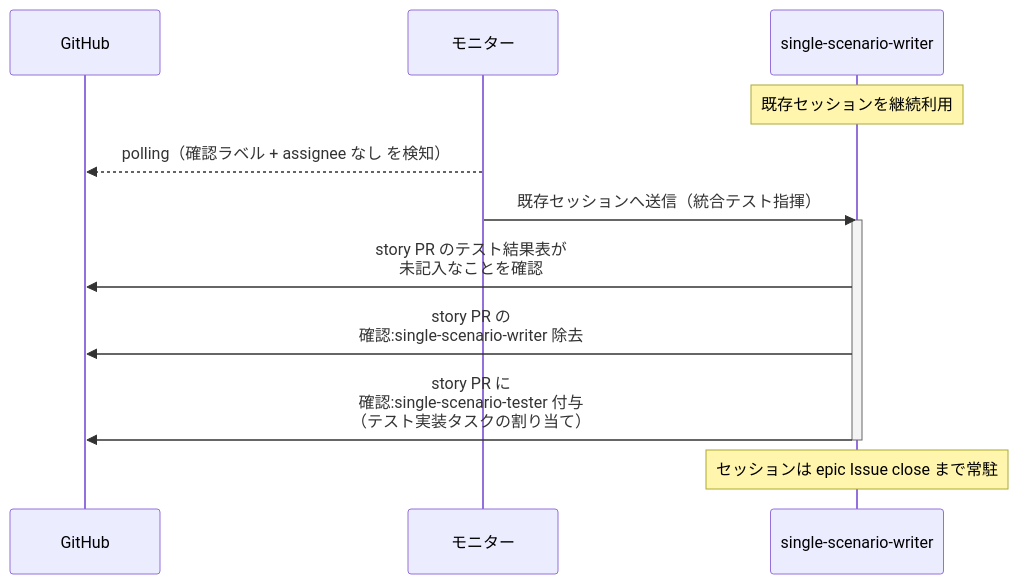
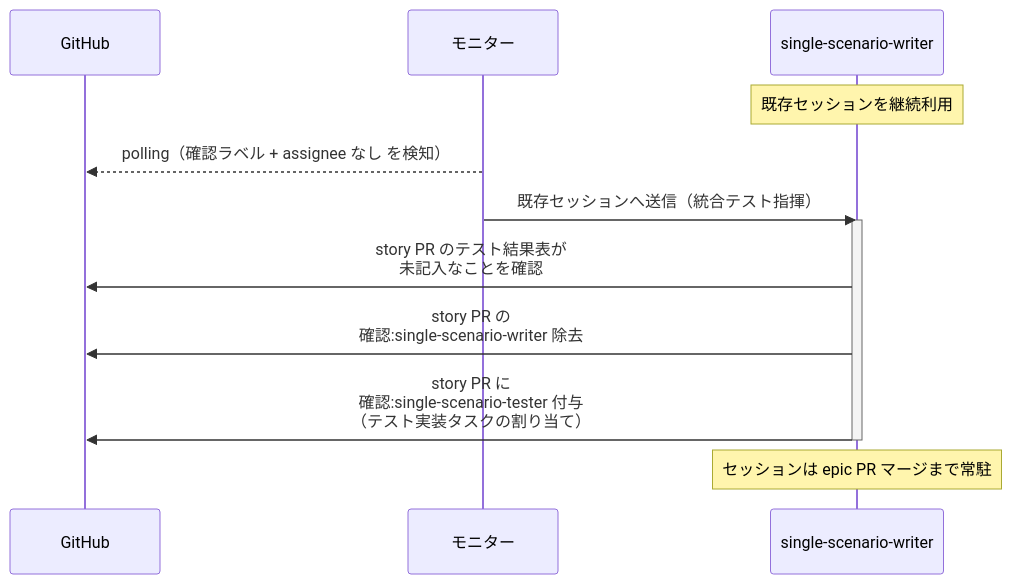
Before and after one commit to shuhei1101/ai-monitor: the first of 2 diagrams in docs/wiki/設計図/シナリオ/単一ユースケース/統合テスト指揮.md, drawn with Mermaid. The commit also changed other lines of this file and 256 other files, not shown here.

````diff
--- a/docs/wiki/設計図/シナリオ/単一ユースケース/統合テスト指揮.md
+++ b/docs/wiki/設計図/シナリオ/単一ユースケース/統合テスト指揮.md
@@ -35,16 +35,16 @@
 ```mermaid
 sequenceDiagram
   participant GH as GitHub
   participant ORC as モニター
   participant MON as single-scenario-writer
 
   Note over MON: 既存セッションを継続利用
   ORC-->>GH: polling（確認ラベル + assignee なし を検知）
   ORC->>MON: 既存セッションへ送信（統合テスト指揮）
   activate MON
   MON->>GH: story PR のテスト結果表が<br>未記入なことを確認
   MON->>GH: story PR の<br>確認:single-scenario-writer 除去
   MON->>GH: story PR に<br>確認:single-scenario-tester 付与<br>（テスト実装タスクの割り当て）
   deactivate MON
-  Note over MON: セッションは epic Issue close まで常駐
+  Note over MON: セッションは epic PR マージまで常駐
 ```
````
